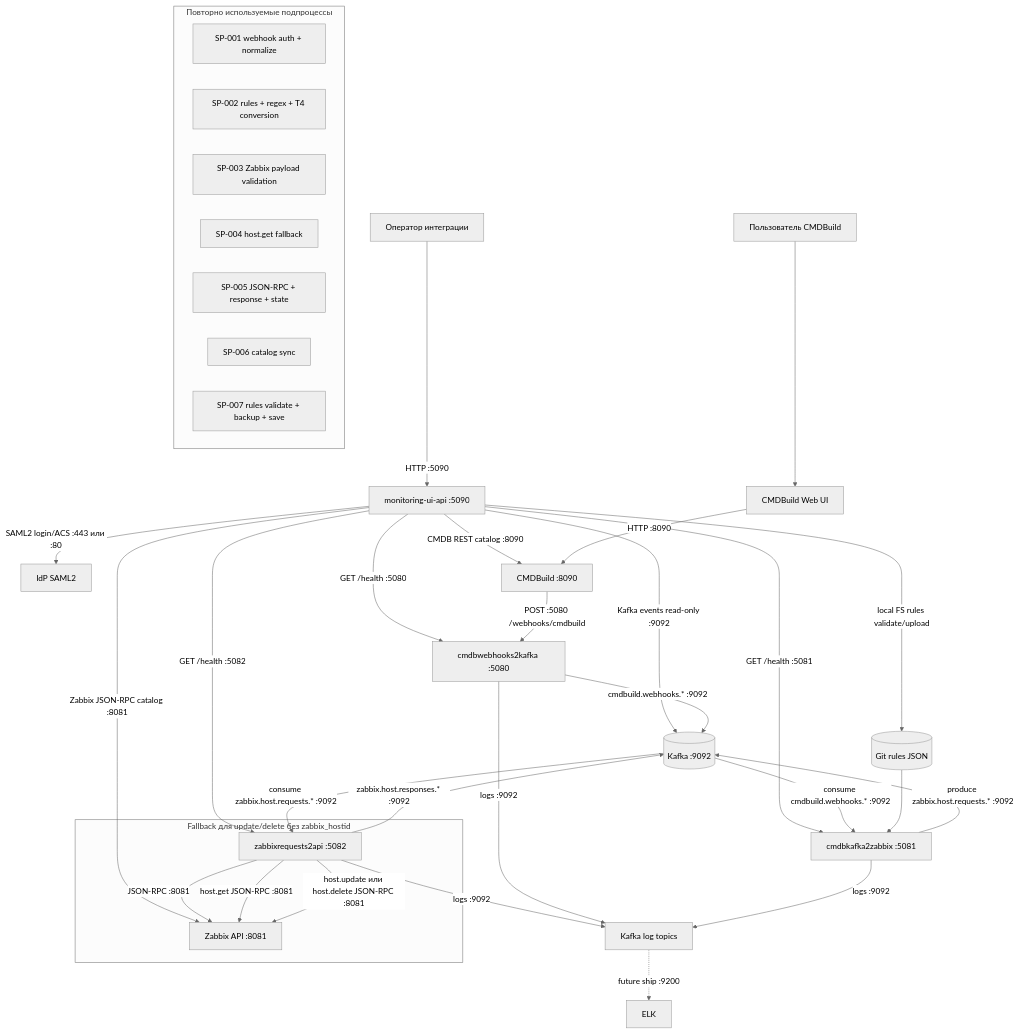
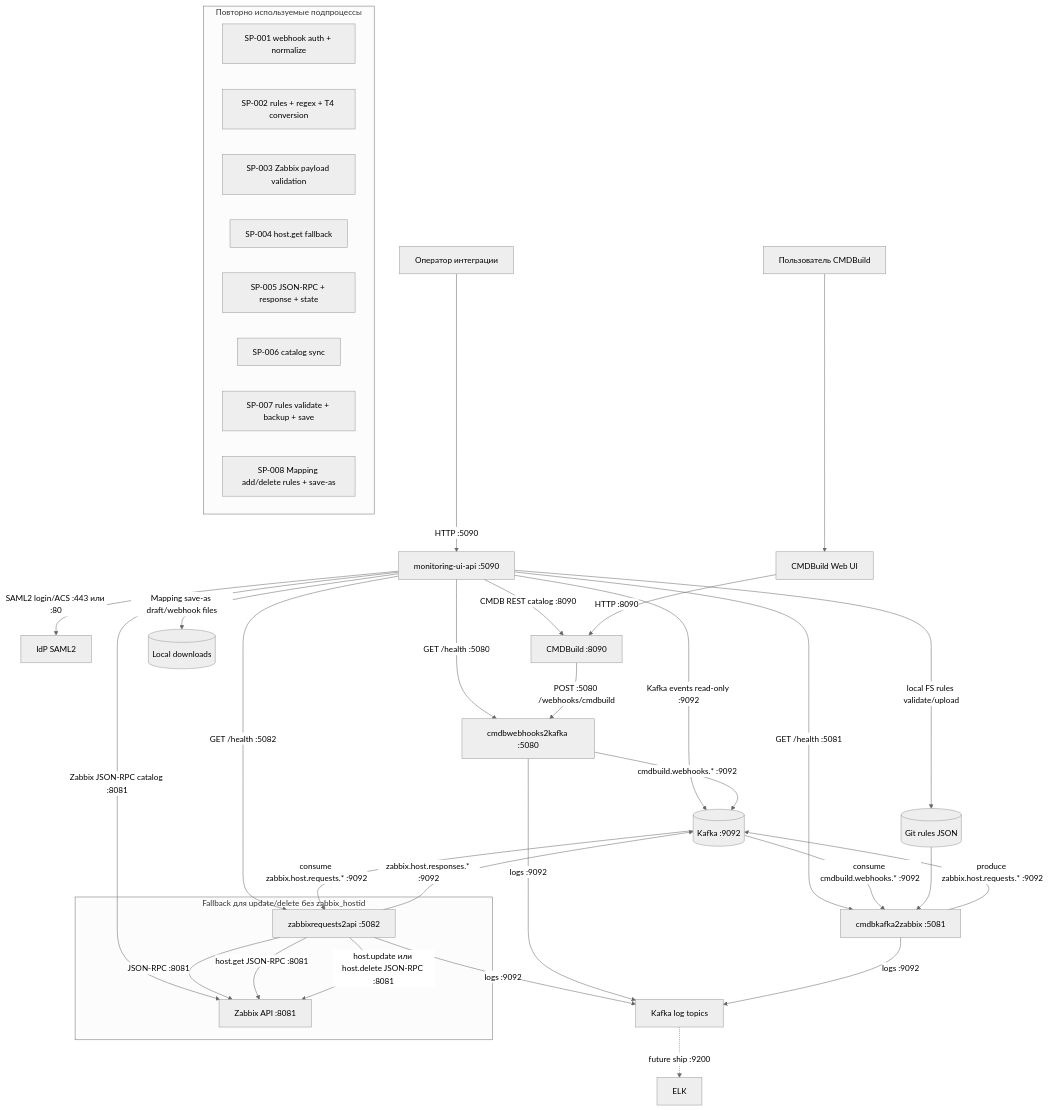
One commit to igorlyapin-max/cmdb2monitoring changed the diagram in aa/business-process.mmd. Above: the diagram before and after it, drawn with Mermaid (neutral theme). The commit also changed 28 other files, not shown here.

```diff
--- a/aa/business-process.mmd
+++ b/aa/business-process.mmd
@@ -1,39 +1,41 @@
 flowchart TD
     user[Пользователь CMDBuild] --> ui[CMDBuild Web UI]
     operator[Оператор интеграции] -->|HTTP :5090| monui[monitoring-ui-api :5090]
     monui -->|SAML2 login/ACS :443 или :80| idp[IdP SAML2]
     monui -->|CMDB REST catalog :8090| cmdb
     monui -->|Zabbix JSON-RPC catalog :8081| zabbix
     monui -->|local FS rules validate/upload| rules[(Git rules JSON)]
+    monui -->|Mapping save-as draft/webhook files| downloads[(Local downloads)]
     monui -->|GET /health :5080| wh
     monui -->|GET /health :5081| conv
     monui -->|GET /health :5082| api
     monui -->|Kafka events read-only :9092| kafka
     ui -->|HTTP :8090| cmdb[CMDBuild :8090]
     cmdb -->|POST :5080 /webhooks/cmdbuild| wh[cmdbwebhooks2kafka :5080]
     wh -->|cmdbuild.webhooks.* :9092| kafka[(Kafka :9092)]
     kafka -->|consume cmdbuild.webhooks.* :9092| conv[cmdbkafka2zabbix :5081]
     rules --> conv
     conv -->|produce zabbix.host.requests.* :9092| kafka
     kafka -->|consume zabbix.host.requests.* :9092| api[zabbixrequests2api :5082]
     api -->|JSON-RPC :8081| zabbix[Zabbix API :8081]
     api -->|zabbix.host.responses.* :9092| kafka
     wh -->|logs :9092| logs[Kafka log topics]
     conv -->|logs :9092| logs
     api -->|logs :9092| logs
     logs -. future ship :9200 .-> elk[ELK]
 
     subgraph subprocesses[Повторно используемые подпроцессы]
         sp1[SP-001 webhook auth + normalize]
         sp2[SP-002 rules + regex + T4 conversion]
         sp3[SP-003 Zabbix payload validation]
         sp4[SP-004 host.get fallback]
         sp5[SP-005 JSON-RPC + response + state]
         sp6[SP-006 catalog sync]
         sp7[SP-007 rules validate + backup + save]
+        sp8[SP-008 Mapping add/delete rules + save-as]
     end
 
     subgraph fallback[Fallback для update/delete без zabbix_hostid]
         api -->|host.get JSON-RPC :8081| zabbix
         api -->|host.update или host.delete JSON-RPC :8081| zabbix
     end
```
